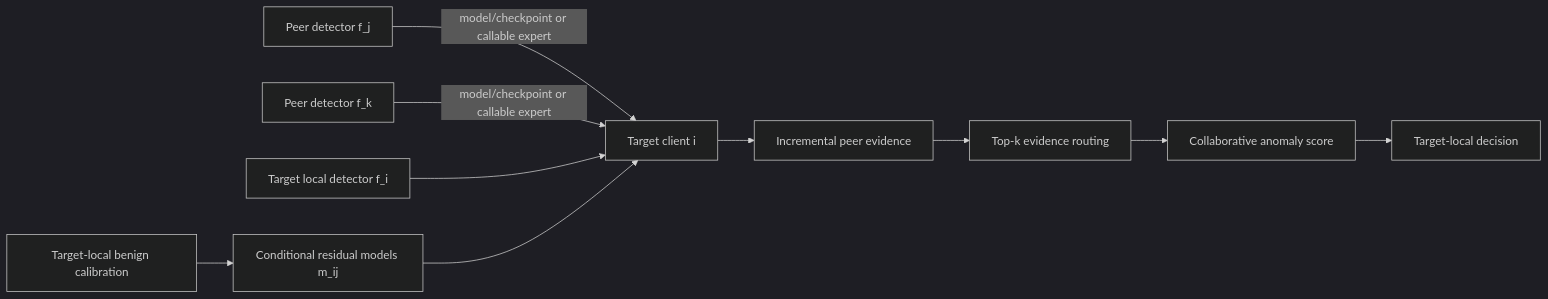
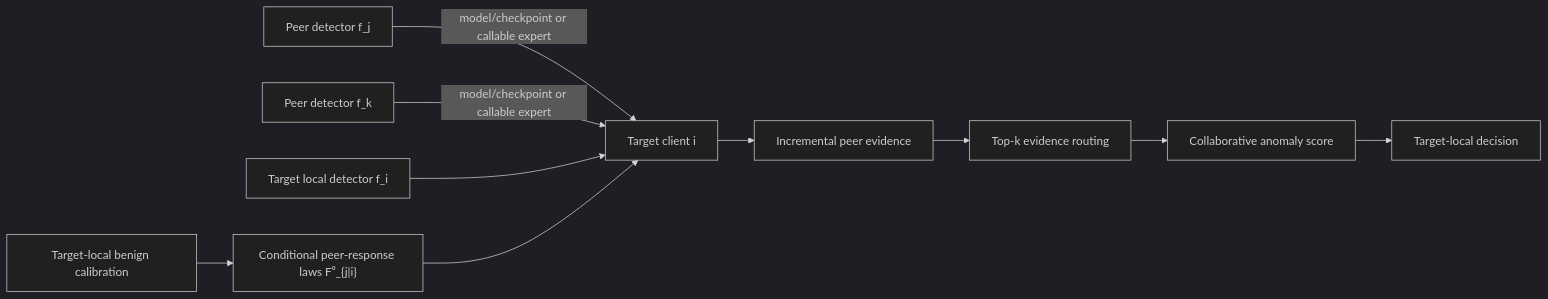
The third of 4 diagrams in docs/Candidates.md (naslouby-salahe/FedCampaign-EMHI), drawn with Mermaid (dark theme) before and after one commit. The commit also changed other lines of this file, not shown here.

````diff
--- a/docs/Candidates.md
+++ b/docs/Candidates.md
@@ -869,12 +930,12 @@
 ```mermaid
 flowchart LR
     P1["Peer detector f_j"] -->|model/checkpoint or callable expert| T
     P2["Peer detector f_k"] -->|model/checkpoint or callable expert| T
     L["Target local detector f_i"] --> T["Target client i"]
-    B["Target-local benign calibration"] --> R["Conditional residual models m_ij"]
+    B["Target-local benign calibration"] --> R["Conditional peer-response laws F⁰_{j|i}"]
     R --> T
     T --> E["Incremental peer evidence"]
     E --> G["Top-k evidence routing"]
     G --> H["Collaborative anomaly score"]
     H --> D["Target-local decision"]
 ```
````
